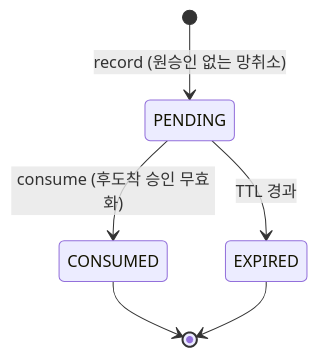
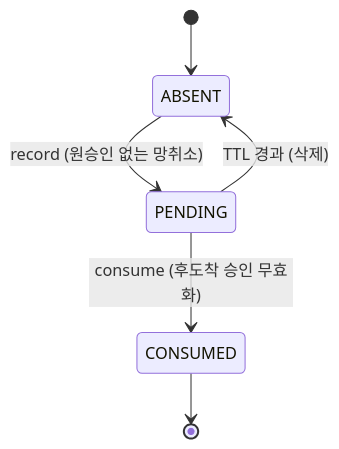
The diagram in domain/state-machines/reversal-tombstone.md (jun-bank/docs), drawn with Mermaid before and after one commit. The commit also changed other lines of this file and 9 other files, not shown here.

````diff
--- a/domain/state-machines/reversal-tombstone.md
+++ b/domain/state-machines/reversal-tombstone.md
@@ -28,8 +28,8 @@
 ```mermaid
 stateDiagram-v2
-    [*] --> PENDING: record (원승인 없는 망취소)
+    [*] --> ABSENT
+    ABSENT --> PENDING: record (원승인 없는 망취소)
     PENDING --> CONSUMED: consume (후도착 승인 무효화)
-    PENDING --> EXPIRED: TTL 경과
+    PENDING --> ABSENT: TTL 경과 (삭제)
     CONSUMED --> [*]
-    EXPIRED --> [*]
 ```
````
